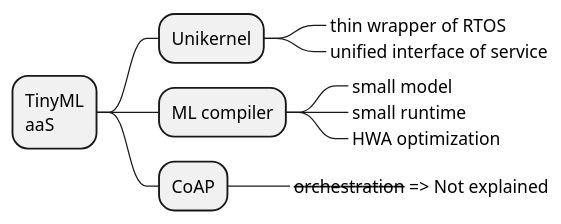
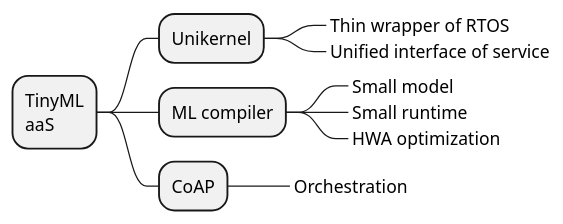
One commit to doyu/elc2019 changed the diagram in summary-3enablers.puml. Above: the diagram before and after it, drawn with PlantUML. The commit also changed 2 other files, not shown here.

```diff
--- a/summary-3enablers.puml
+++ b/summary-3enablers.puml
@@ -1,14 +1,14 @@
 @startmindmap
 
 * TinyML\naaS
 ** Unikernel
-***_ thin wrapper of RTOS
-***_ unified interface of service
+***_ Thin wrapper of RTOS
+***_ Unified interface of service
 ** ML compiler
-***_ small model
-***_ small runtime
+***_ Small model
+***_ Small runtime
 ***_ HWA optimization
 ** CoAP
-***_ <s>orchestration</s> => Not explained
+***_ Orchestration
 
 @endmindmap
```
